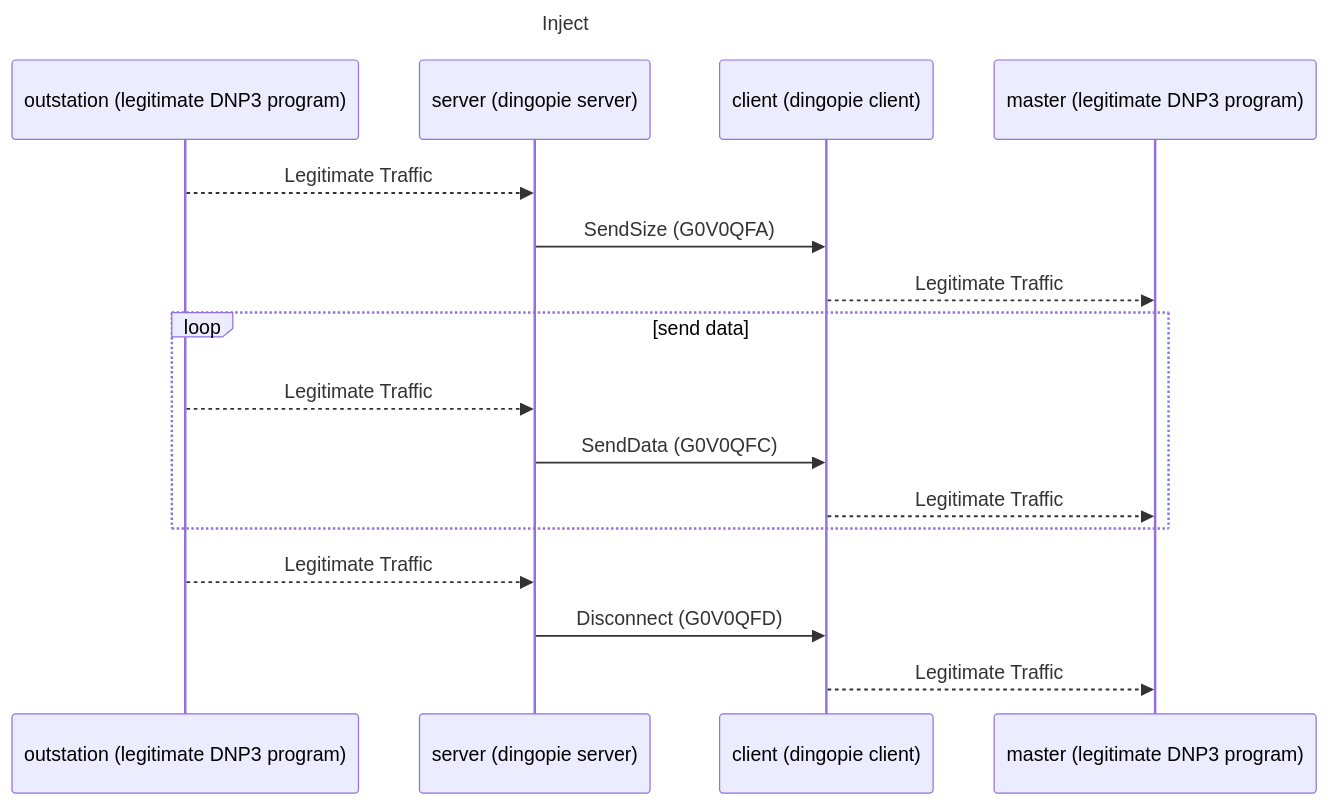
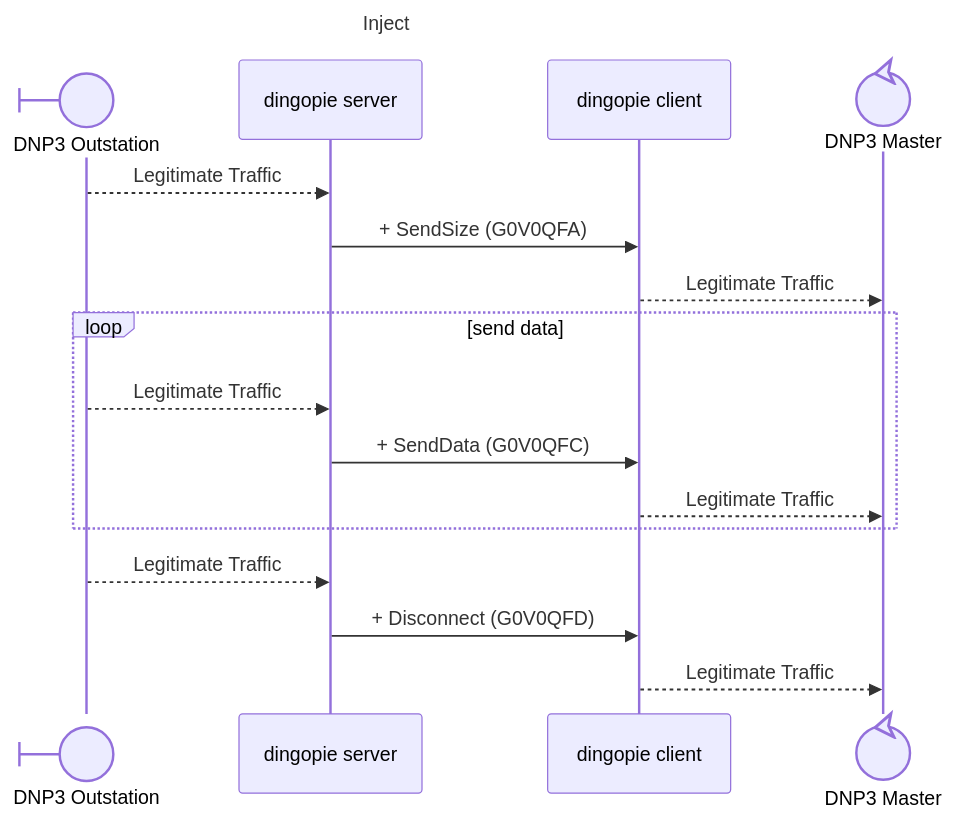
One commit to nblair2/dingopie changed the fourth of 4 diagrams in README.md. Above: the diagram before and after it, drawn with Mermaid. The commit also changed other lines of this file and 9 other files, not shown here.

````diff
--- a/README.md
+++ b/README.md
@@ -164,20 +170,20 @@
 ```mermaid
 sequenceDiagram
 Title: Inject
-    participant o as outstation (legitimate DNP3 program)
-    participant s as server (dingopie server)
-    participant c as client (dingopie client)
-    participant m as master (legitimate DNP3 program)
+    participant o@{ "type" : "boundary" } as DNP3 Outstation
+    participant s as dingopie server
+    participant c as dingopie client
+    participant m@{ "type" : "control" } as DNP3 Master
 
     o -->>s: Legitimate Traffic
-    s->>c: SendSize (G0V0QFA)
+    s->>c: + SendSize (G0V0QFA)
     c-->>m: Legitimate Traffic
     Loop send data
         o-->>s: Legitimate Traffic
-        s->>c:  SendData (G0V0QFC)
+        s->>c:  + SendData (G0V0QFC)
         c-->>m: Legitimate Traffic
     end
     o -->>s: Legitimate Traffic
-    s->>c:   Disconnect (G0V0QFD)
+    s->>c:   + Disconnect (G0V0QFD)
     c-->>m:  Legitimate Traffic
 ```
````
